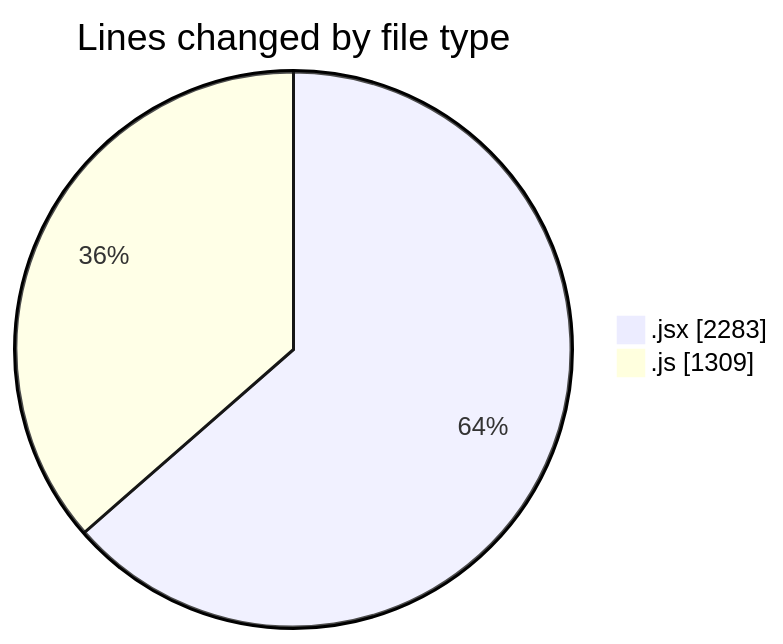
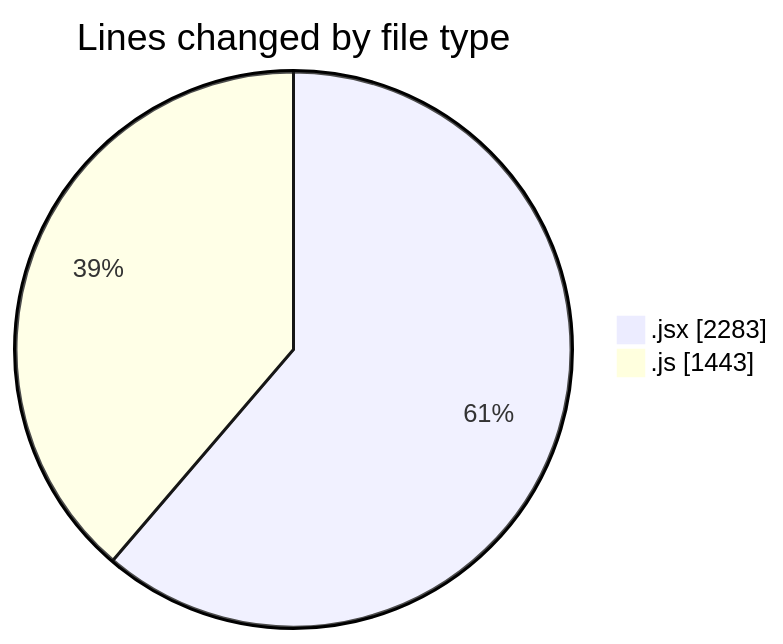
Before and after one commit to nxtqubesakshisongat/code-tracking: the first of 2 diagrams in 2025-11-13/argos/README.md, drawn with Mermaid. The commit also changed other lines of this file and 1 other file, not shown here.

````diff
--- a/2025-11-13/argos/README.md
+++ b/2025-11-13/argos/README.md
@@ -33,6 +34,6 @@
 ```mermaid
 pie showData
 title Lines changed by file type
 ".jsx" : 2283
-".js" : 1309
+".js" : 1443
 ```
````
